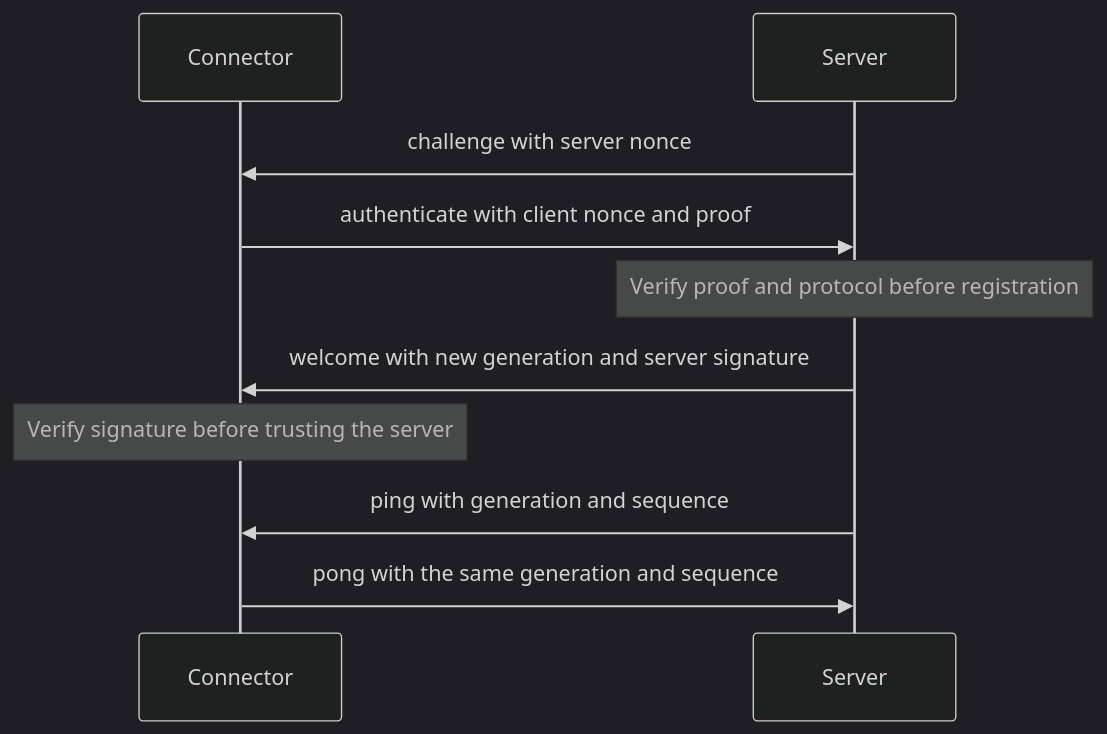
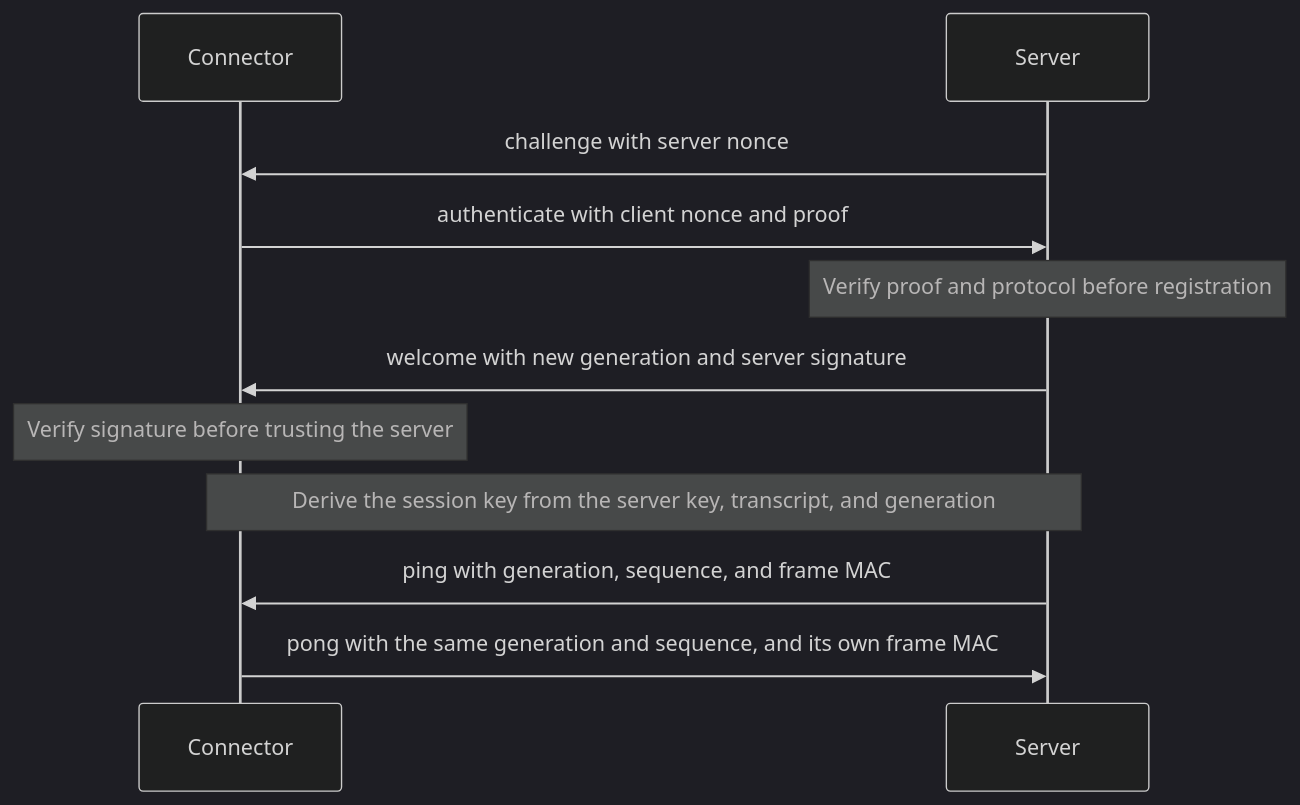
One commit to woswos/raicho changed the diagram in docs/reference/connector-contract.md. Above: the diagram before and after it, drawn with Mermaid (dark theme). The commit also changed other lines of this file and 35 other files, not shown here.

````diff
--- a/docs/reference/connector-contract.md
+++ b/docs/reference/connector-contract.md
@@ -83,12 +85,13 @@
 ```mermaid
 sequenceDiagram
     participant Connector
     participant Server
     Server->>Connector: challenge with server nonce
     Connector->>Server: authenticate with client nonce and proof
     Note over Server: Verify proof and protocol before registration
     Server->>Connector: welcome with new generation and server signature
     Note over Connector: Verify signature before trusting the server
-    Server->>Connector: ping with generation and sequence
-    Connector->>Server: pong with the same generation and sequence
+    Note over Server,Connector: Derive the session key from the server key, transcript, and generation
+    Server->>Connector: ping with generation, sequence, and frame MAC
+    Connector->>Server: pong with the same generation and sequence, and its own frame MAC
 ```
````
